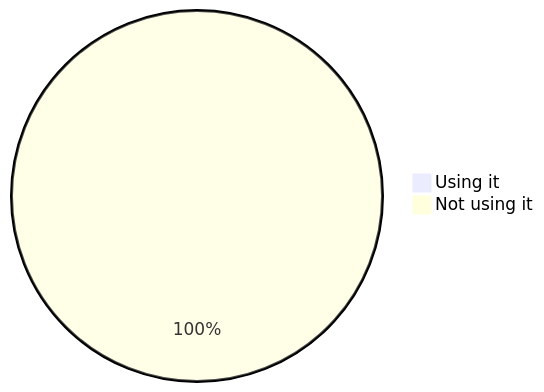
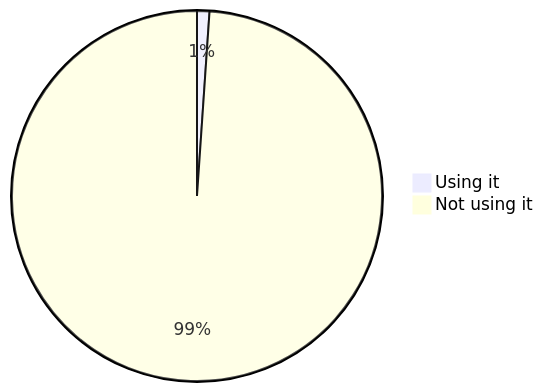
Before and after one commit to oshp/oshp-stats: the ninth of 18 diagrams in stats.md, drawn with Mermaid. The commit also changed other lines of this file and 1 other file, not shown here.

````diff
--- a/stats.md
+++ b/stats.md
@@ -104,6 +104,6 @@
 ```mermaid
 pie
-	"Using it" : 0.36
-	"Not using it" : 99.64
+	"Using it" : 1.08
+	"Not using it" : 98.92
 
 ```
````
